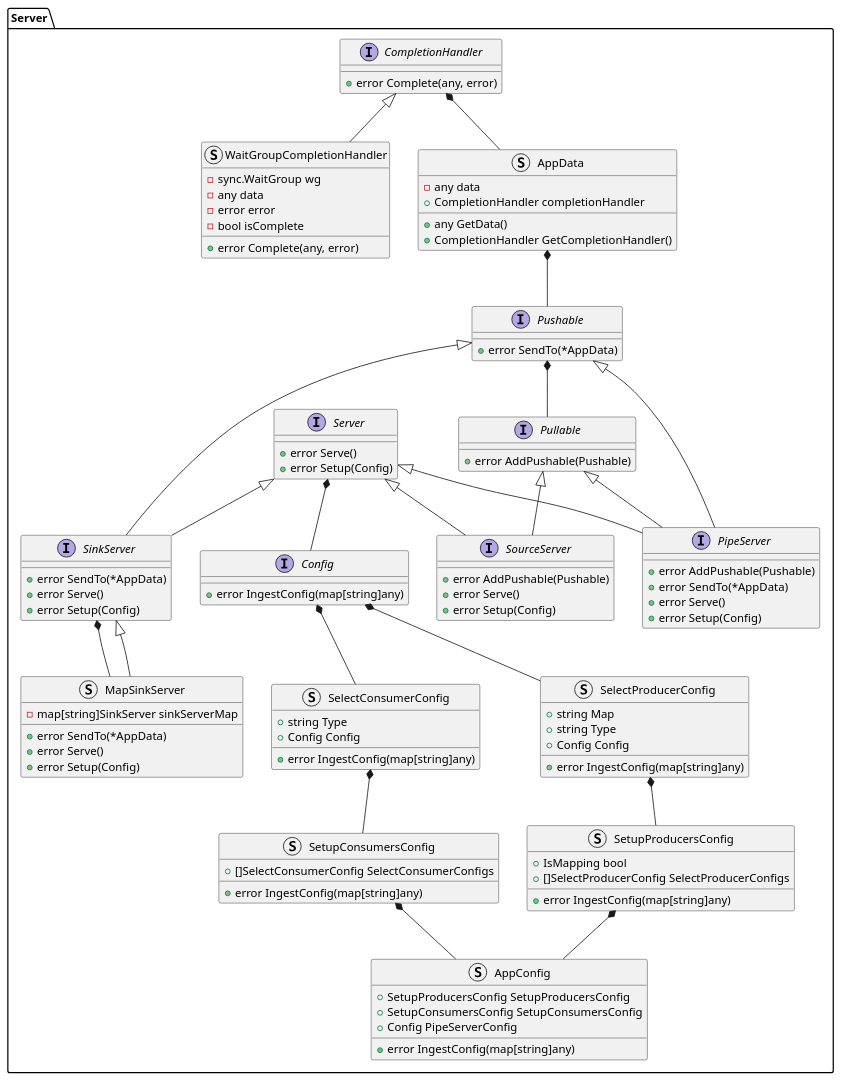
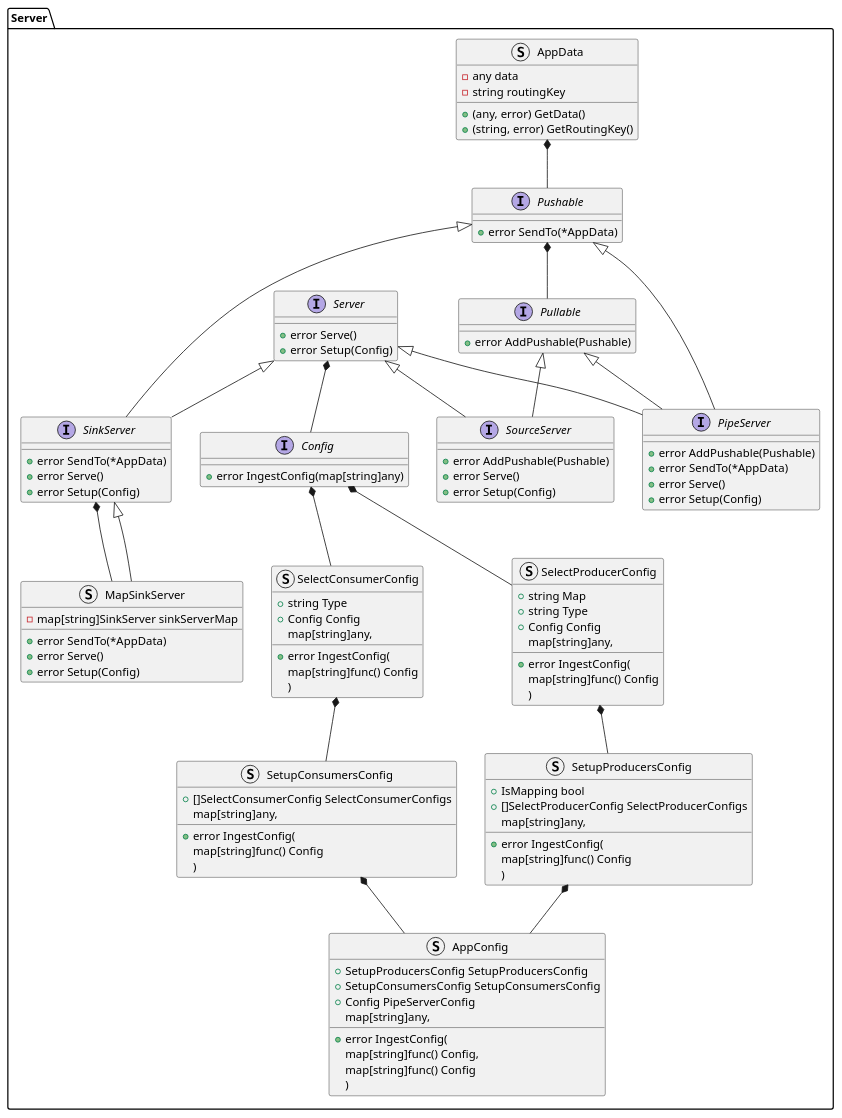
The diagram in docs/design_notes/DN1_JSON_Extractor/class_diagram.puml (xtuml/otel2pv), drawn with PlantUML before and after one commit. The commit also changed 24 other files, not shown here.

```diff
--- a/docs/design_notes/DN1_JSON_Extractor/class_diagram.puml
+++ b/docs/design_notes/DN1_JSON_Extractor/class_diagram.puml
@@ -1,103 +1,107 @@
 @startuml
 namespace Server {
-    interface CompletionHandler {
-        +error Complete(any, error)
-    }
-    struct WaitGroupCompletionHandler {
-        -sync.WaitGroup wg
-        -any data
-        -error error
-        -bool isComplete
-        +error Complete(any, error)
-    }
     struct AppData {
         -any data
-        +CompletionHandler completionHandler
-        +any GetData()
-        +CompletionHandler GetCompletionHandler()
+        -string routingKey
+        +(any, error) GetData()
+        +(string, error) GetRoutingKey()
     }
     interface Server {
         +error Serve()
         +error Setup(Config)
     }
     interface Pullable {
         +error AddPushable(Pushable)
     }
     interface Pushable {
         +error SendTo(*AppData)
     }
     interface SourceServer {
         +error AddPushable(Pushable)
         +error Serve()
         +error Setup(Config)
     }
     interface SinkServer {
         +error SendTo(*AppData)
         +error Serve()
         +error Setup(Config)
     }
     interface PipeServer {
         +error AddPushable(Pushable)
         +error SendTo(*AppData)
         +error Serve()
         +error Setup(Config)
     }
     struct MapSinkServer {
         -map[string]SinkServer sinkServerMap
         +error SendTo(*AppData)
         +error Serve()
         +error Setup(Config)
     }
     interface Config {
         +error IngestConfig(map[string]any)
     }
     struct SelectProducerConfig {
         +string Map
         +string Type
         +Config Config
-        +error IngestConfig(map[string]any)
+        +error IngestConfig(
+            map[string]any,
+            map[string]func() Config
+        )
     }
     struct SetupProducersConfig {
         +IsMapping bool
         +[]SelectProducerConfig SelectProducerConfigs
-        +error IngestConfig(map[string]any)
+        +error IngestConfig(
+            map[string]any,
+            map[string]func() Config
+        )
     }
     struct SelectConsumerConfig {
         +string Type
         +Config Config
-        +error IngestConfig(map[string]any)
+        +error IngestConfig(
+            map[string]any,
+            map[string]func() Config
+        )
     }
     struct SetupConsumersConfig {
         +[]SelectConsumerConfig SelectConsumerConfigs
-        +error IngestConfig(map[string]any)
+        +error IngestConfig(
+            map[string]any,
+            map[string]func() Config
+        )
     }
     struct AppConfig {
         +SetupProducersConfig SetupProducersConfig
         +SetupConsumersConfig SetupConsumersConfig
         +Config PipeServerConfig
-        +error IngestConfig(map[string]any)
+        +error IngestConfig(
+            map[string]any,
+            map[string]func() Config,
+            map[string]func() Config
+        )
     }
 }
-Server.CompletionHandler <|-- Server.WaitGroupCompletionHandler
-Server.CompletionHandler *-- Server.AppData
 Server.AppData *-- Server.Pushable
 Server.Server <|-- Server.SourceServer
 Server.Pushable *-- Server.Pullable
 Server.Pullable <|-- Server.SourceServer
 Server.Server <|-- Server.SinkServer
 Server.Pushable <|-- Server.SinkServer
 Server.Pushable <|-- Server.PipeServer
 Server.Pullable <|-- Server.PipeServer
 Server.Server <|-- Server.PipeServer
 
 Server.SinkServer *-- Server.MapSinkServer
 Server.SinkServer <|-- Server.MapSinkServer
 
 Server.Server *-- Server.Config
 Server.Config *-- Server.SelectProducerConfig
 Server.Config *-- Server.SelectConsumerConfig
 Server.SetupProducersConfig *-- Server.AppConfig
 Server.SetupConsumersConfig *-- Server.AppConfig
 Server.SelectProducerConfig *-- Server.SetupProducersConfig
 Server.SelectConsumerConfig *-- Server.SetupConsumersConfig
 @enduml
```
